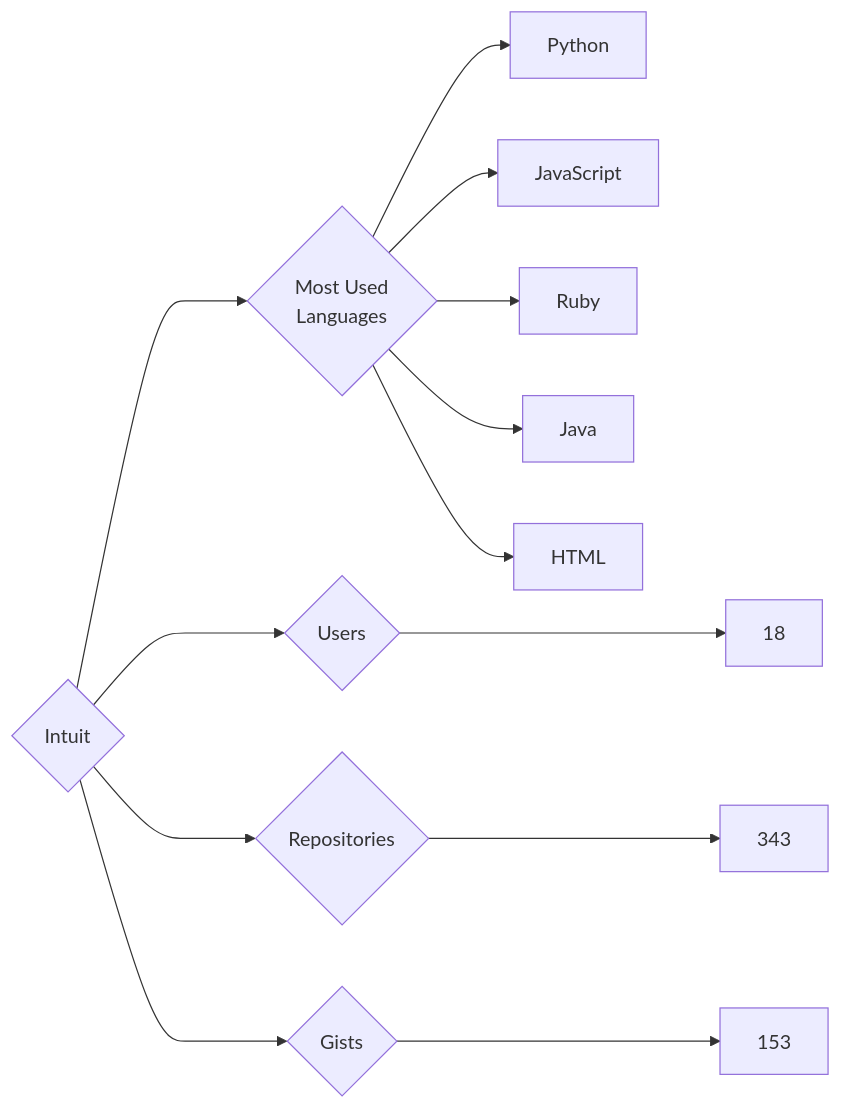
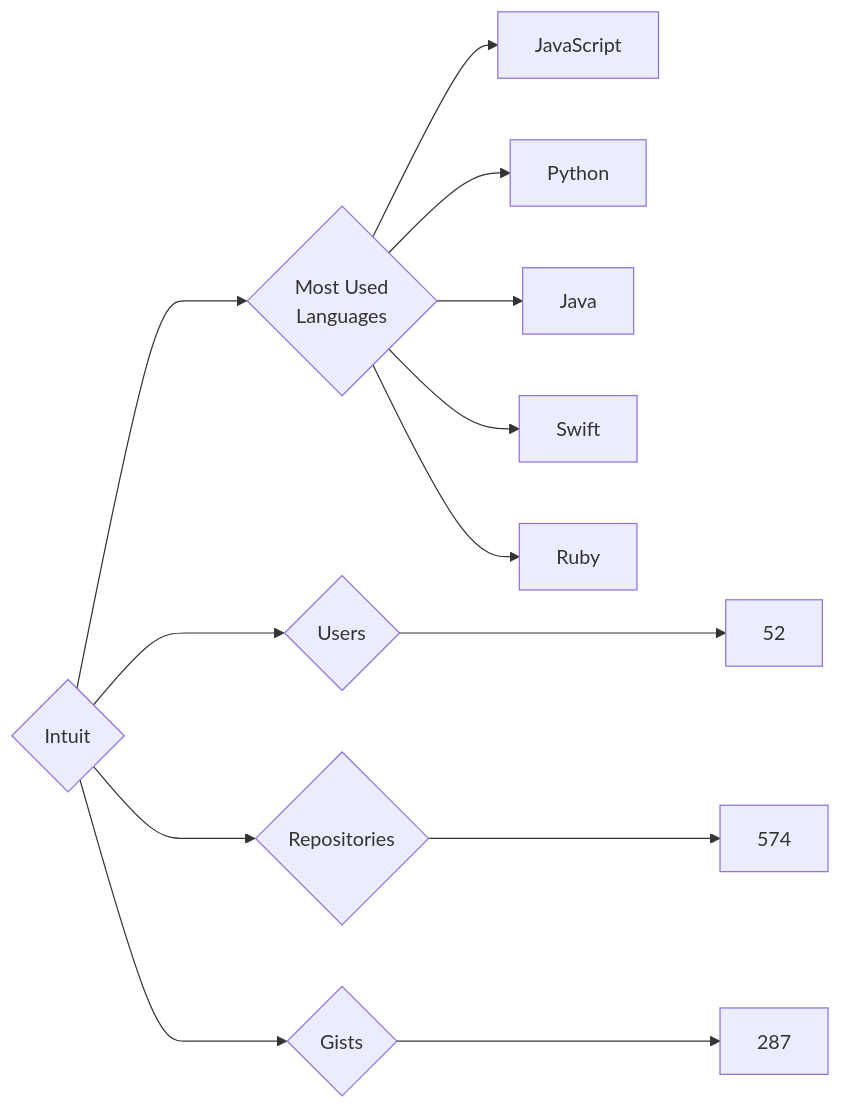
One commit to trickest/insiders changed the diagram in targets/Intuit/README.md. Above: the diagram before and after it, drawn with Mermaid. The commit also changed 826 other files, not shown here.

````diff
--- a/targets/Intuit/README.md
+++ b/targets/Intuit/README.md
@@ -3,13 +3,13 @@
 ```mermaid
 graph LR
 COMPANY_NAME{Intuit}
-COMPANY_NAME ---> U{Users} ---> UN[18]
-COMPANY_NAME ---> R{Repositories} ---> RN[343]
-COMPANY_NAME ---> G{Gists} ---> GN[153]
+COMPANY_NAME ---> U{Users} ---> UN[52]
+COMPANY_NAME ---> R{Repositories} ---> RN[574]
+COMPANY_NAME ---> G{Gists} ---> GN[287]
 COMPANY_NAME ---> ML{Most Used<br>Languages}
+ML --> JavaScript[JavaScript]
 ML --> Python[Python]
-ML --> JavaScript[JavaScript]
+ML --> Java[Java]
+ML --> Swift[Swift]
 ML --> Ruby[Ruby]
-ML --> Java[Java]
-ML --> HTML[HTML]
 ```
````
